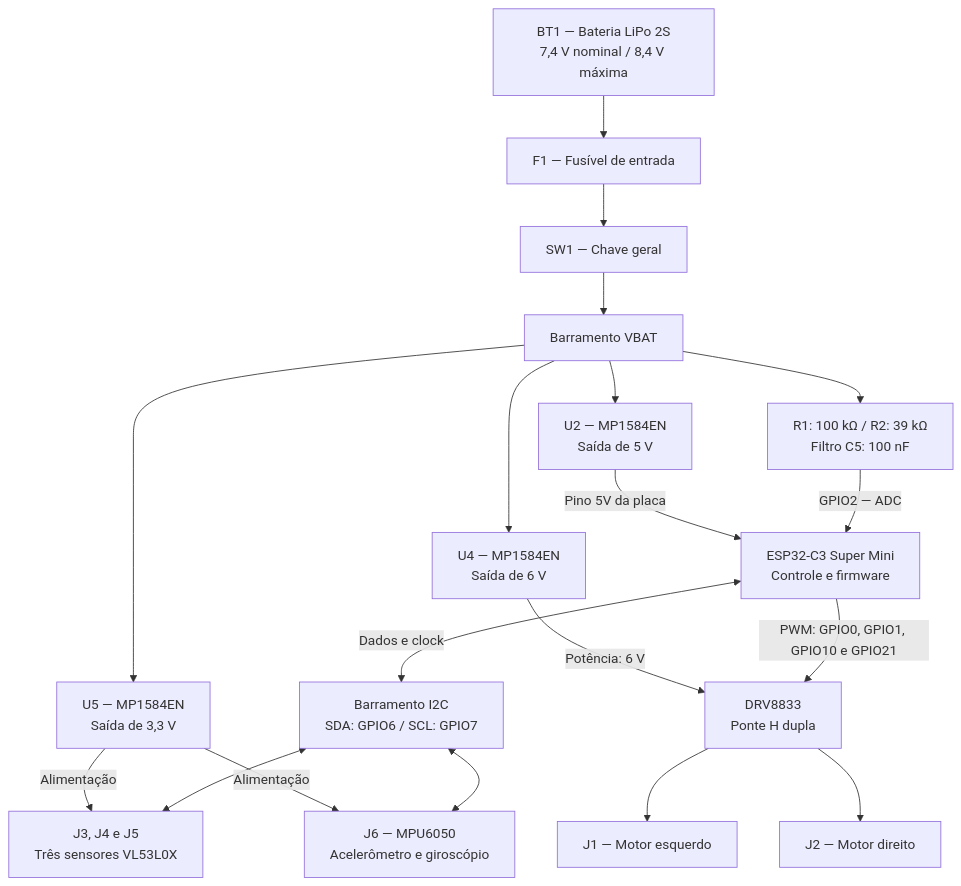
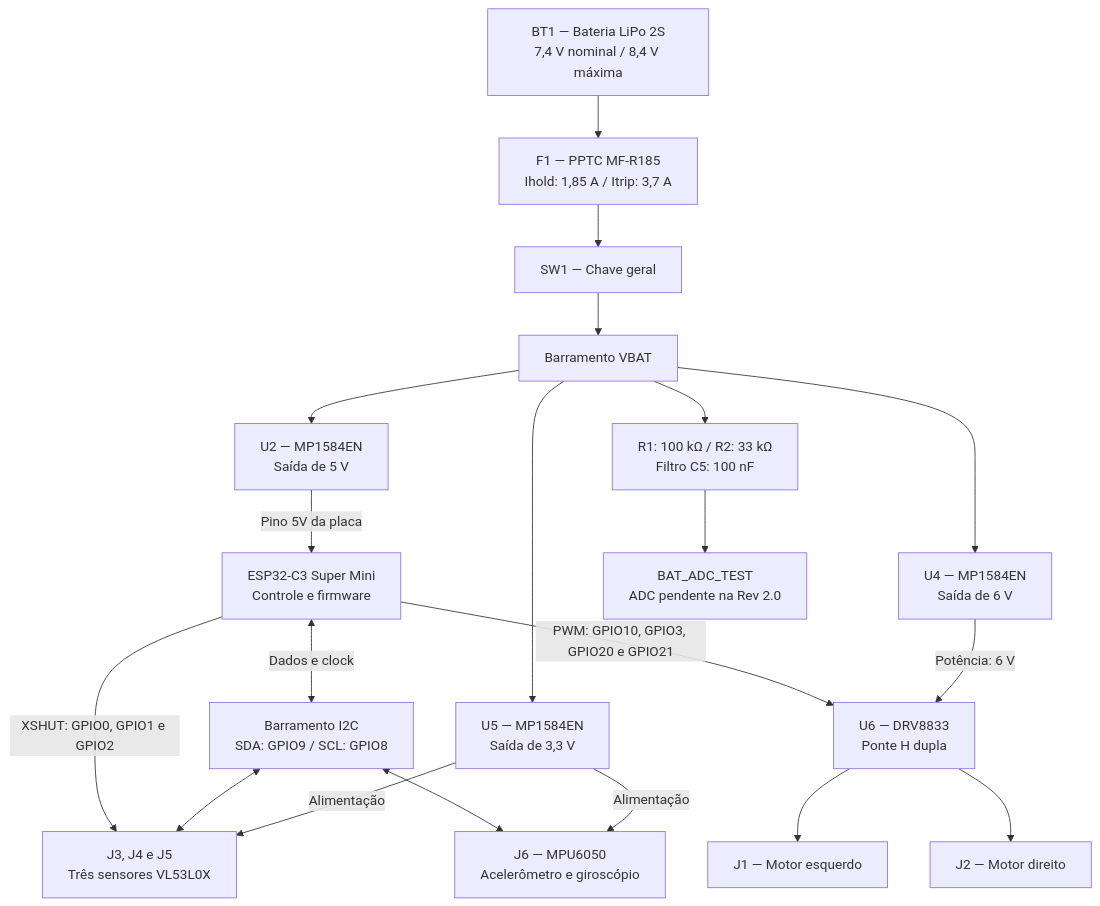
The diagram in docs/04-projeto-conceitual/hardware.md (fcte-pi1/2026_2_PI1_Grupo01_Hilmer), drawn with Mermaid before and after one commit. The commit also changed other lines of this file and 2 other files, not shown here.

````diff
--- a/docs/04-projeto-conceitual/hardware.md
+++ b/docs/04-projeto-conceitual/hardware.md
@@ -15,34 +15,35 @@
 ```mermaid
 flowchart TB
     BAT["BT1 — Bateria LiPo 2S<br/>7,4 V nominal / 8,4 V máxima"]
-    F["F1 — Fusível de entrada"]
+    F["F1 — PPTC MF-R185<br/>Ihold: 1,85 A / Itrip: 3,7 A"]
     SW["SW1 — Chave geral"]
     VBAT["Barramento VBAT"]
     B3["U5 — MP1584EN<br/>Saída de 3,3 V"]
     B5["U2 — MP1584EN<br/>Saída de 5 V"]
     B6["U4 — MP1584EN<br/>Saída de 6 V"]
     MCU["ESP32-C3 Super Mini<br/>Controle e firmware"]
     TOF["J3, J4 e J5<br/>Três sensores VL53L0X"]
     IMU["J6 — MPU6050<br/>Acelerômetro e giroscópio"]
-    I2C["Barramento I2C<br/>SDA: GPIO6 / SCL: GPIO7"]
-    DRV["DRV8833<br/>Ponte H dupla"]
+    I2C["Barramento I2C<br/>SDA: GPIO9 / SCL: GPIO8"]
+    DRV["U6 — DRV8833<br/>Ponte H dupla"]
     ML["J1 — Motor esquerdo"]
     MR["J2 — Motor direito"]
-    ADC["R1: 100 kΩ / R2: 39 kΩ<br/>Filtro C5: 100 nF"]
+    ADC["R1: 100 kΩ / R2: 33 kΩ<br/>Filtro C5: 100 nF"]
 
     BAT --> F --> SW --> VBAT
     VBAT --> B3
     VBAT --> B5
     VBAT --> B6
     B3 -->|Alimentação| TOF
     B3 -->|Alimentação| IMU
     B5 -->|Pino 5V da placa| MCU
     B6 -->|Potência: 6 V| DRV
-    VBAT --> ADC -->|GPIO2 — ADC| MCU
+    VBAT --> ADC --> TP["BAT_ADC_TEST<br/>ADC pendente na Rev 2.0"]
     MCU <-->|Dados e clock| I2C
     I2C <--> TOF
     I2C <--> IMU
-    MCU -->|PWM: GPIO0, GPIO1, GPIO10 e GPIO21| DRV
+    MCU -->|XSHUT: GPIO0, GPIO1 e GPIO2| TOF
+    MCU -->|PWM: GPIO10, GPIO3, GPIO20 e GPIO21| DRV
     DRV --> ML
     DRV --> MR
 ```
````
